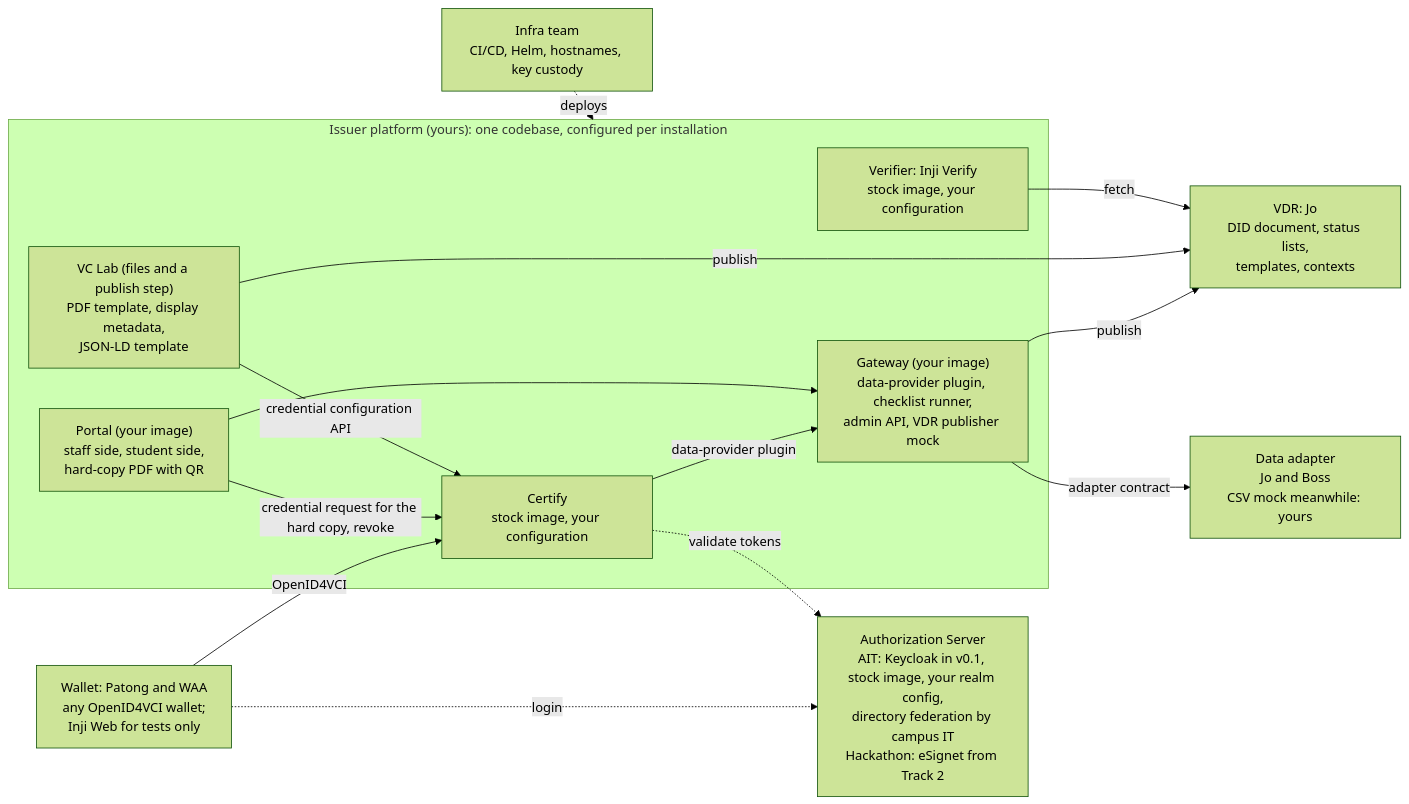
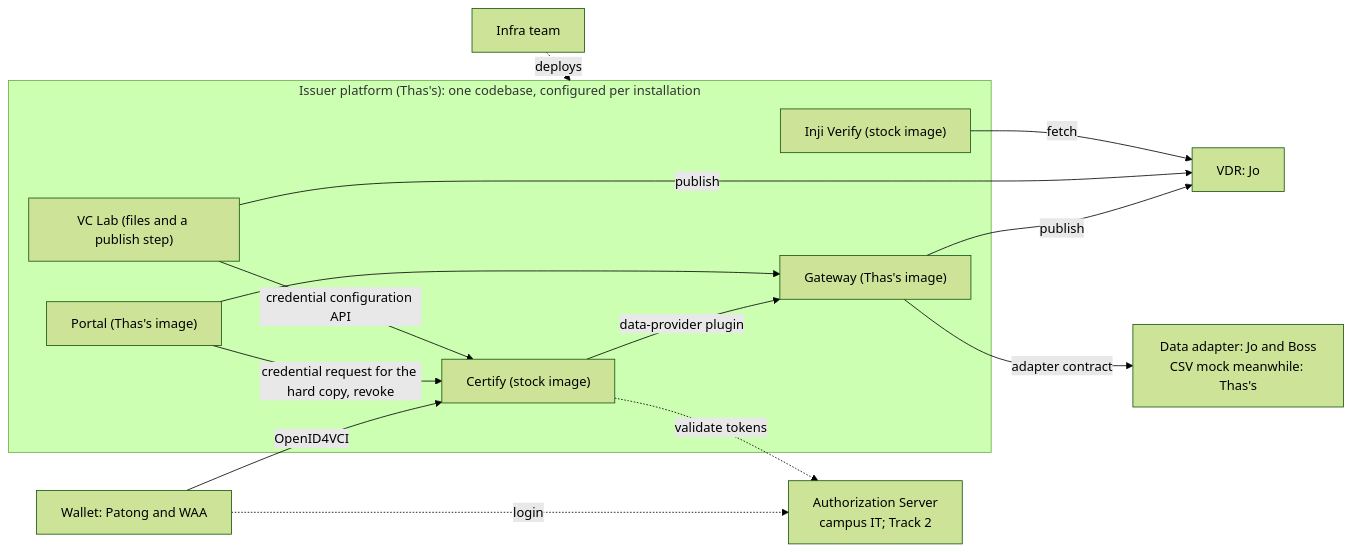
One commit to mosip-asia/ait-transcript changed the diagram in wiki/project/issuer-v0.1/responsibilities.md. Above: the diagram before and after it, drawn with Mermaid (forest theme). The commit also changed other lines of this file and 13 other files, not shown here.

````diff
--- a/wiki/project/issuer-v0.1/responsibilities.md
+++ b/wiki/project/issuer-v0.1/responsibilities.md
@@ -13,27 +11,27 @@
 ```mermaid
 flowchart LR
-  subgraph Platform["Issuer platform (yours): one codebase, configured per installation"]
-    Gateway["Gateway (your image)<br/>data-provider plugin, checklist runner,<br/>admin API, VDR publisher mock"]
-    Portal["Portal (your image)<br/>staff side, student side,<br/>hard-copy PDF with QR"]
-    Certify["Certify<br/>stock image, your configuration"]
-    Verifier["Verifier: Inji Verify<br/>stock image, your configuration"]
-    Lab["VC Lab (files and a publish step)<br/>PDF template, display metadata,<br/>JSON-LD template"]
+  subgraph Platform["Issuer platform (Thas's): one codebase, configured per installation"]
+    Gateway["Gateway (Thas's image)"]
+    Portal["Portal (Thas's image)"]
+    Certify["Certify (stock image)"]
+    Verifier["Inji Verify (stock image)"]
+    Lab["VC Lab (files and a publish step)"]
   end
-  AS["Authorization Server<br/>AIT: Keycloak in v0.1, stock image, your realm config,<br/>directory federation by campus IT<br/>Hackathon: eSignet from Track 2"]
-  Adapter["Data adapter<br/>Jo and Boss<br/>CSV mock meanwhile: yours"]
-  VDR["VDR: Jo<br/>DID document, status lists,<br/>templates, contexts"]
-  Wallet["Wallet: Patong and WAA<br/>any OpenID4VCI wallet;<br/>Inji Web for tests only"]
-  Infra["Infra team<br/>CI/CD, Helm, hostnames, key custody"]
+  AS["Authorization Server<br/>campus IT; Track 2"]
+  Adapter["Data adapter: Jo and Boss<br/>CSV mock meanwhile: Thas's"]
+  VDR["VDR: Jo"]
+  Wallet["Wallet: Patong and WAA"]
+  Infra["Infra team"]
   Wallet -->|OpenID4VCI| Certify
   Certify -->|data-provider plugin| Gateway
   Gateway -->|adapter contract| Adapter
   Portal --> Gateway
   Portal -->|credential request for the hard copy, revoke| Certify
   Gateway -->|publish| VDR
   Lab -->|publish| VDR
   Lab -->|credential configuration API| Certify
   Verifier -->|fetch| VDR
   Wallet -.->|login| AS
   Certify -.->|validate tokens| AS
   Infra -.->|deploys| Platform
 ```
````
